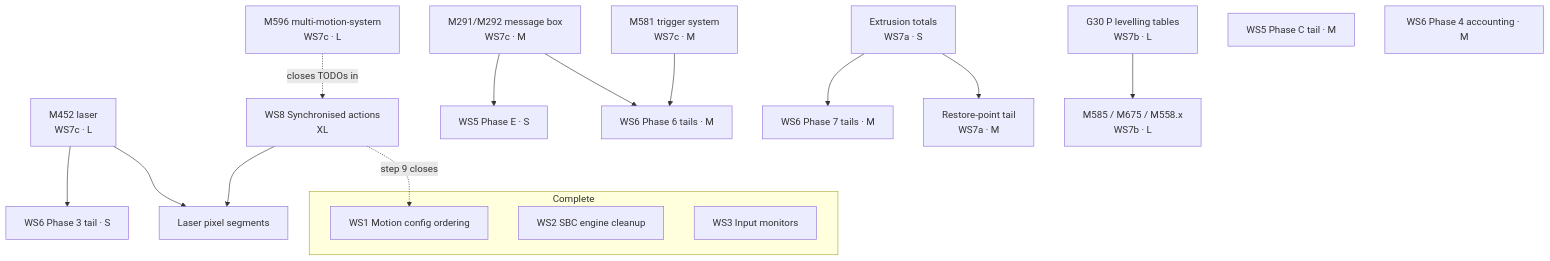
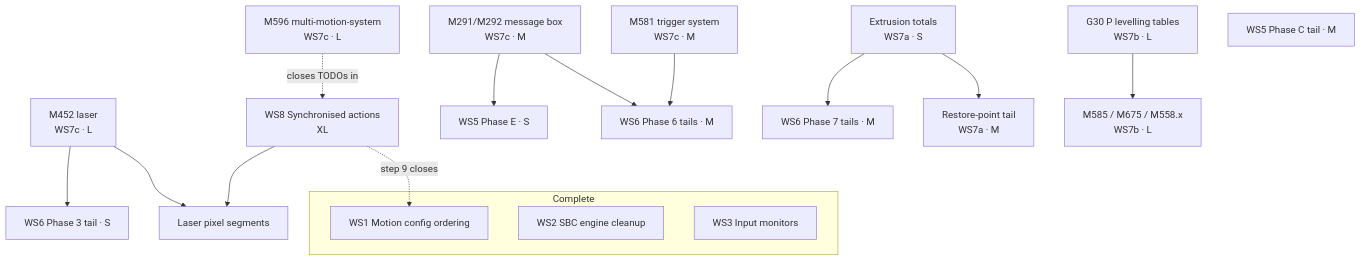
Before and after one commit to Duet3D/DuetSoftwareFramework: the diagram in docs/devel/PROJECT_OVERVIEW.md, drawn with Mermaid. The commit also changed other lines of this file and 9 other files, not shown here.

````diff
--- a/docs/devel/PROJECT_OVERVIEW.md
+++ b/docs/devel/PROJECT_OVERVIEW.md
@@ -189,38 +186,37 @@
 ```mermaid
 graph TD
     subgraph done ["Complete"]
         WS1["WS1 Motion config ordering"]
         WS2["WS2 SBC engine cleanup"]
         WS3["WS3 Input monitors"]
     end
 
     M291["M291/M292 message box<br/>WS7c · M"]
     M581["M581 trigger system<br/>WS7c · M"]
     M452["M452 laser<br/>WS7c · L"]
     M596["M596 multi-motion-system<br/>WS7c · L"]
     EXTR["Extrusion totals<br/>WS7a · S"]
     G30P["G30 P levelling tables<br/>WS7b · L"]
 
     E_C["WS5 Phase C tail · M"]
     E_E["WS5 Phase E · S"]
-    J4["WS6 Phase 4 accounting · M"]
     J6["WS6 Phase 6 tails · M"]
     J3["WS6 Phase 3 tail · S"]
     J7["WS6 Phase 7 tails · M"]
     PROBE["M585 / M675 / M558.x<br/>WS7b · L"]
     RP["Restore-point tail<br/>WS7a · M"]
     WS8["WS8 Synchronised actions<br/>XL"]
     LASERSEG["Laser pixel segments"]
 
     M291 --> E_E
     M291 --> J6
     M581 --> J6
     M452 --> J3
     EXTR --> J7
     EXTR --> RP
     G30P --> PROBE
     M596 -.->|closes TODOs in| WS8
     WS8 --> LASERSEG
     M452 --> LASERSEG
     WS8 -.->|step 9 closes| WS1
 ```
````
